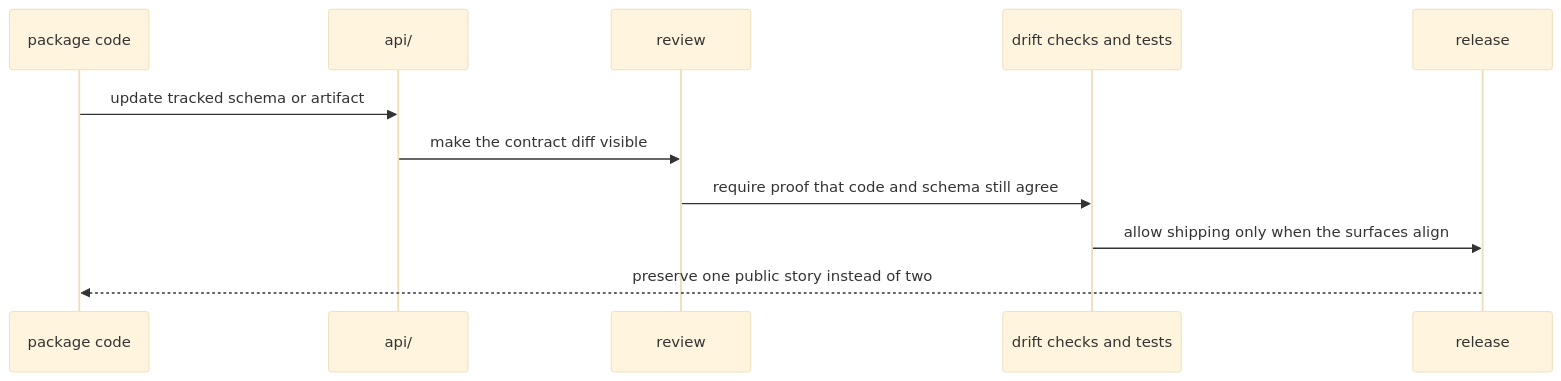
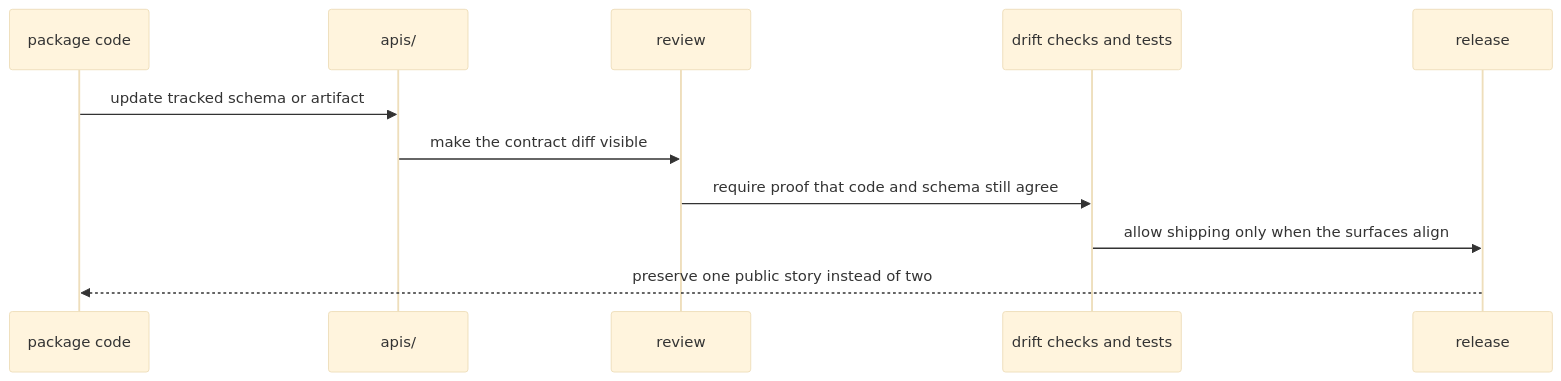
Before and after one commit to bijux/bijux-proteomics: the diagram in docs/bijux-proteomics/api-and-schema-governance.md, drawn with Mermaid (base theme). The commit also changed other lines of this file and 1 other file, not shown here.

Commit message:
docs(api-governance): align handbook with apis gate workflow

````diff
--- a/docs/bijux-proteomics/api-and-schema-governance.md
+++ b/docs/bijux-proteomics/api-and-schema-governance.md
@@ -19,14 +19,14 @@
 ```mermaid
 sequenceDiagram
     participant Code as package code
-    participant API as api/
+    participant API as apis/
     participant Review as review
     participant Checks as drift checks and tests
     participant Release as release
 
     Code->>API: update tracked schema or artifact
     API->>Review: make the contract diff visible
     Review->>Checks: require proof that code and schema still agree
     Checks->>Release: allow shipping only when the surfaces align
     Release-->>Code: preserve one public story instead of two
 ```
````
